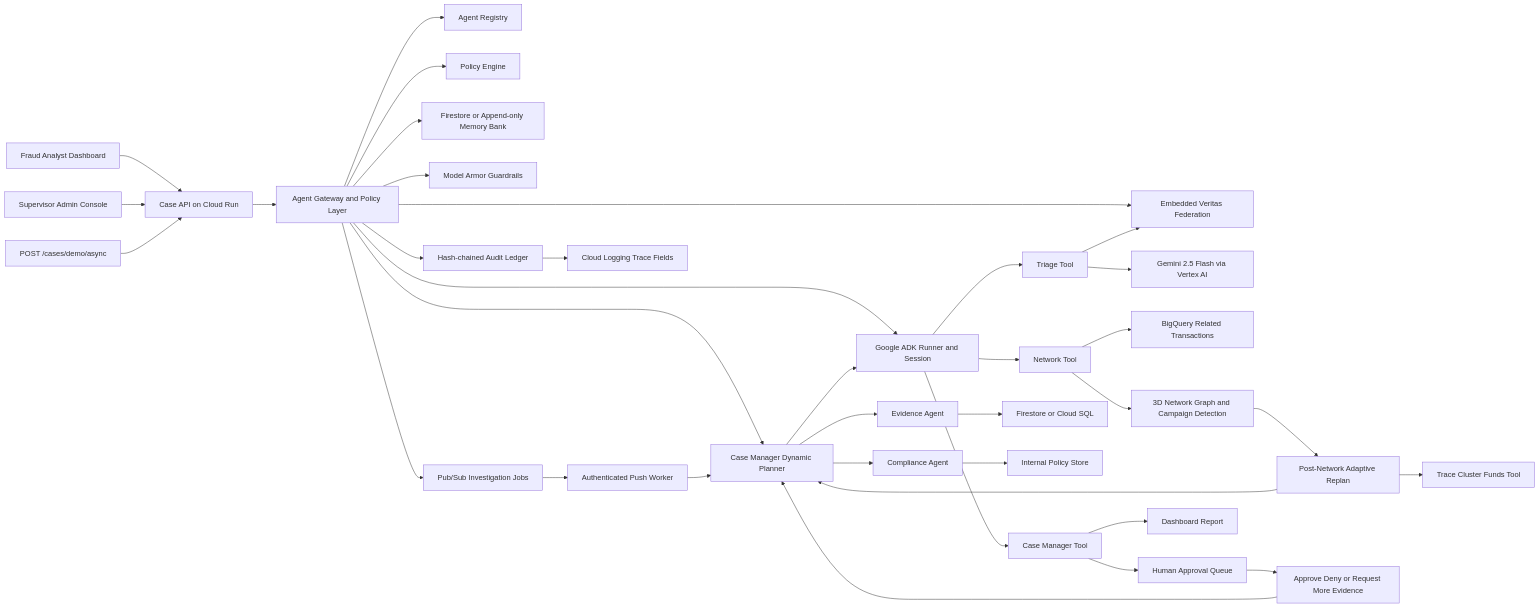
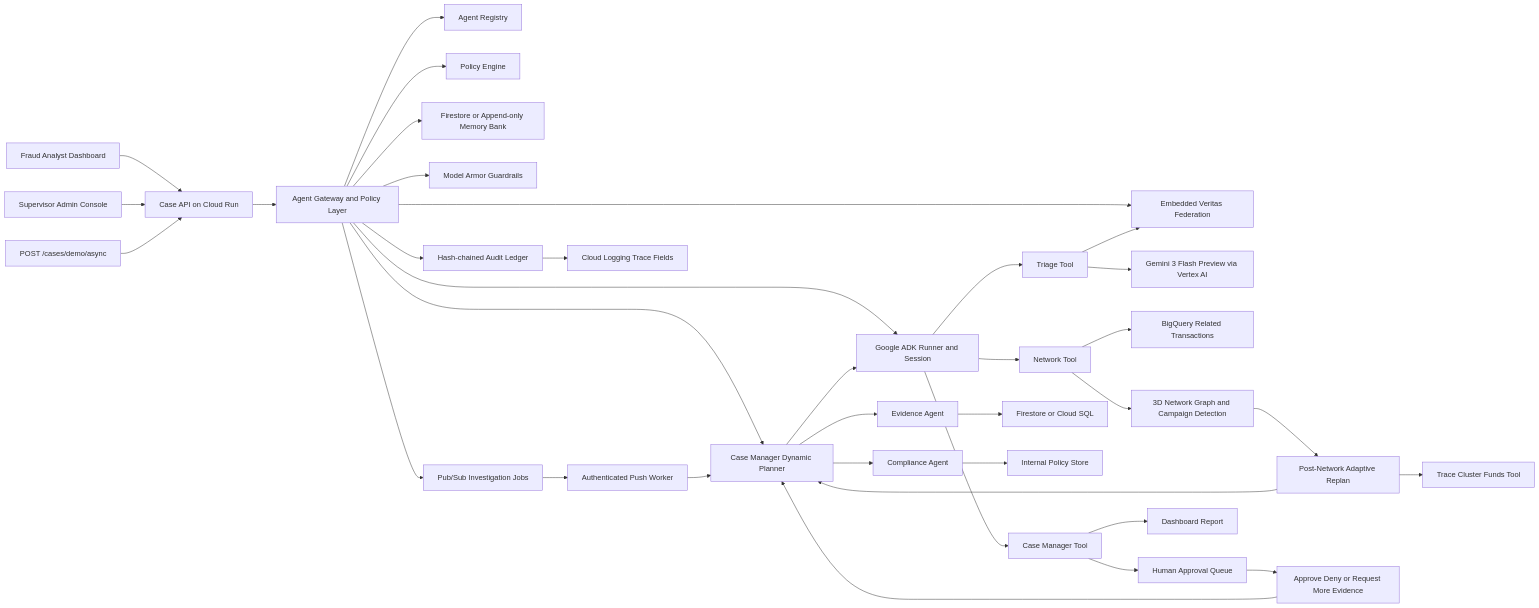
One commit to Kanghyeon5468/Tracelayer changed the diagram in docs/architecture.mmd. Above: the diagram before and after it, drawn with Mermaid. The commit also changed 13 other files, not shown here.

```diff
--- a/docs/architecture.mmd
+++ b/docs/architecture.mmd
@@ -1,36 +1,36 @@
 flowchart LR
     Analyst[Fraud Analyst Dashboard] --> API[Case API on Cloud Run]
     Admin[Supervisor Admin Console] --> API
     PubEntry[POST /cases/demo/async] --> API
     API --> Gateway[Agent Gateway and Policy Layer]
     Gateway --> Registry[Agent Registry]
     Gateway --> Policy[Policy Engine]
     Gateway --> Planner[Case Manager Dynamic Planner]
     Gateway --> ADK[Google ADK Runner and Session]
     Gateway --> Memory[Firestore or Append-only Memory Bank]
     Gateway --> Armor[Model Armor Guardrails]
     Gateway --> Audit[Hash-chained Audit Ledger]
     Gateway --> Veritas[Embedded Veritas Federation]
     Gateway --> PubSub[Pub/Sub Investigation Jobs]
     PubSub --> Worker[Authenticated Push Worker]
     Worker --> Planner
     Planner --> ADK
     ADK --> Triage[Triage Tool]
     ADK --> Network[Network Tool]
     Planner --> Evidence[Evidence Agent]
     Planner --> Compliance[Compliance Agent]
     ADK --> CaseManager[Case Manager Tool]
-    Triage --> Gemini[Gemini 2.5 Flash via Vertex AI]
+    Triage --> Gemini[Gemini 3 Flash Preview via Vertex AI]
     Triage --> Veritas
     Network --> BigQuery[BigQuery Related Transactions]
     Network --> Graph[3D Network Graph and Campaign Detection]
     Graph --> Adaptive[Post-Network Adaptive Replan]
     Adaptive --> Planner
     Adaptive --> TraceFunds[Trace Cluster Funds Tool]
     Evidence --> Firestore[Firestore or Cloud SQL]
     Compliance --> Policies[Internal Policy Store]
     CaseManager --> Approvals[Human Approval Queue]
     Approvals --> Feedback[Approve Deny or Request More Evidence]
     Feedback --> Planner
     CaseManager --> Reports[Dashboard Report]
     Audit --> Logging[Cloud Logging Trace Fields]
```
